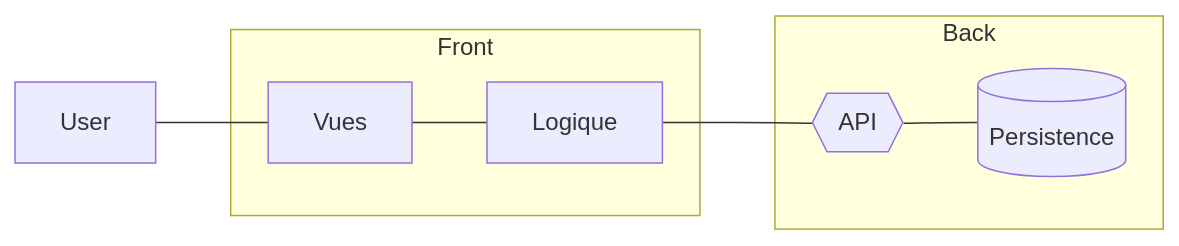
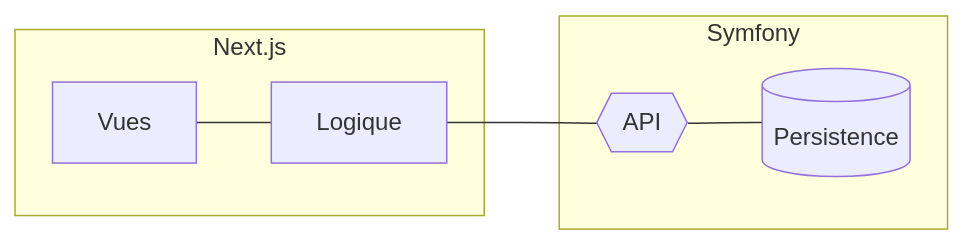
Before and after one commit to sximenez/2023-10-oct-hackathon-doc: the eighth of 8 diagrams in README.md, drawn with Mermaid. The commit also changed other lines of this file and 1 other file, not shown here.

````diff
--- a/README.md
+++ b/README.md
@@ -205,16 +290,14 @@
 ```mermaid
-graph LR
+graph LR 
 
-User --- 1[Vues] 
-
-subgraph Front
+subgraph Next.js
 1[Vues] --- 2[Logique]
 end
 
-subgraph Back
+subgraph Symfony
 4{{API}} --- 3[(Persistence)]
 end
 
 2[Logique] --- 4{{API}}
 
 ```
````
